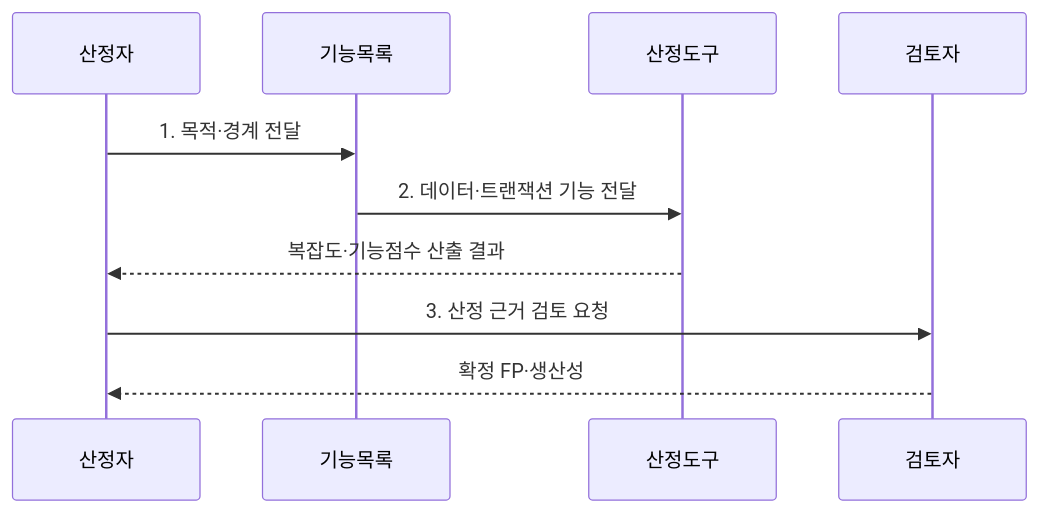
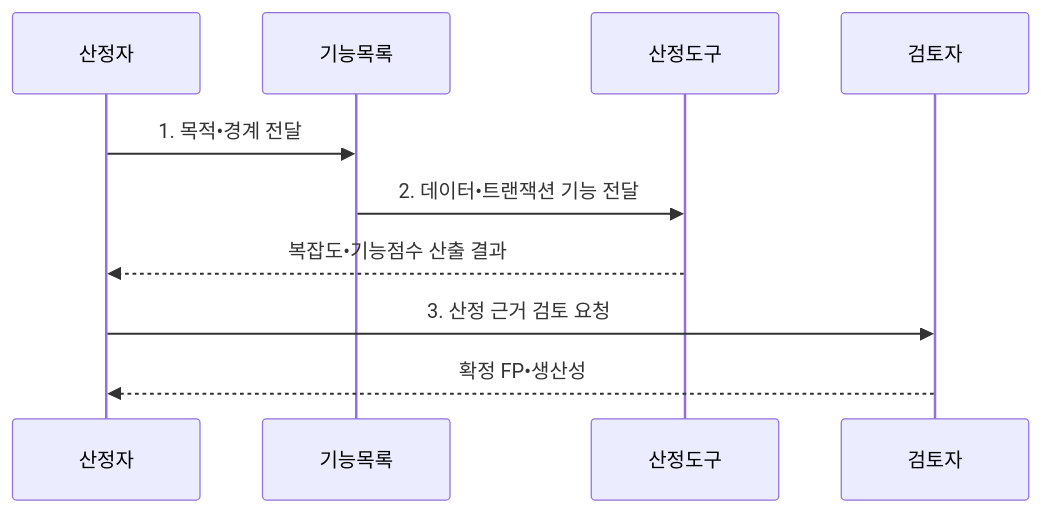
One commit to agnusdei1207/knowledge-base changed the second of 2 diagrams in src/content/docs/notes/06-evaluation/034_fp_productivity.md. Above: the diagram before and after it, drawn with Mermaid. The commit also changed other lines of this file and 953 other files, not shown here.

````diff
--- a/src/content/docs/notes/06-evaluation/034_fp_productivity.md
+++ b/src/content/docs/notes/06-evaluation/034_fp_productivity.md
@@ -103,12 +103,12 @@
 ```mermaid
 sequenceDiagram
     participant E as 산정자
     participant S as 기능목록
     participant C as 산정도구
     participant R as 검토자
-    E->>S: 1. 목적·경계 전달
-    S->>C: 2. 데이터·트랜잭션 기능 전달
-    C-->>E: 복잡도·기능점수 산출 결과
+    E->>S: 1. 목적•경계 전달
+    S->>C: 2. 데이터•트랜잭션 기능 전달
+    C-->>E: 복잡도•기능점수 산출 결과
     E->>R: 3. 산정 근거 검토 요청
-    R-->>E: 확정 FP·생산성
+    R-->>E: 확정 FP•생산성
 ```
````
